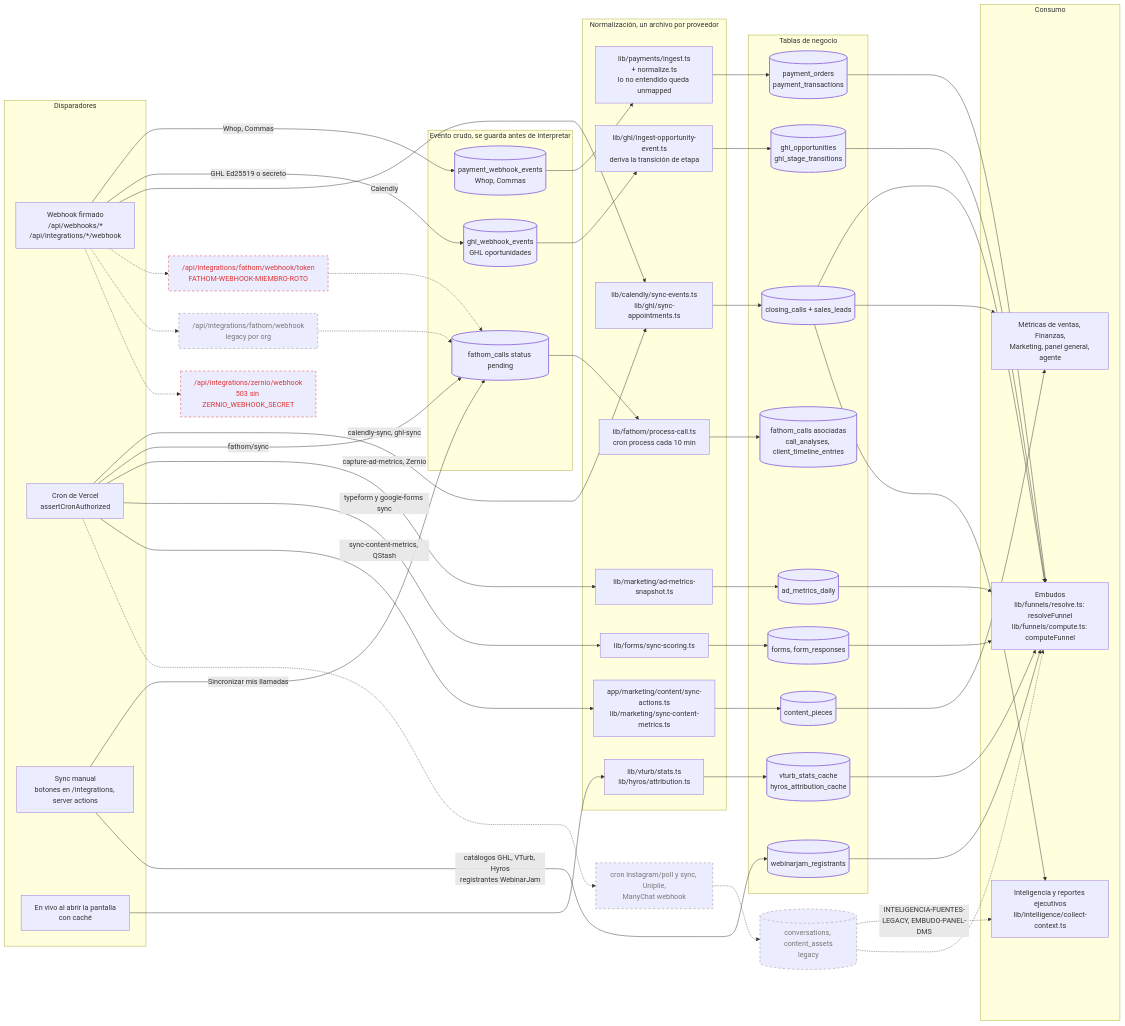
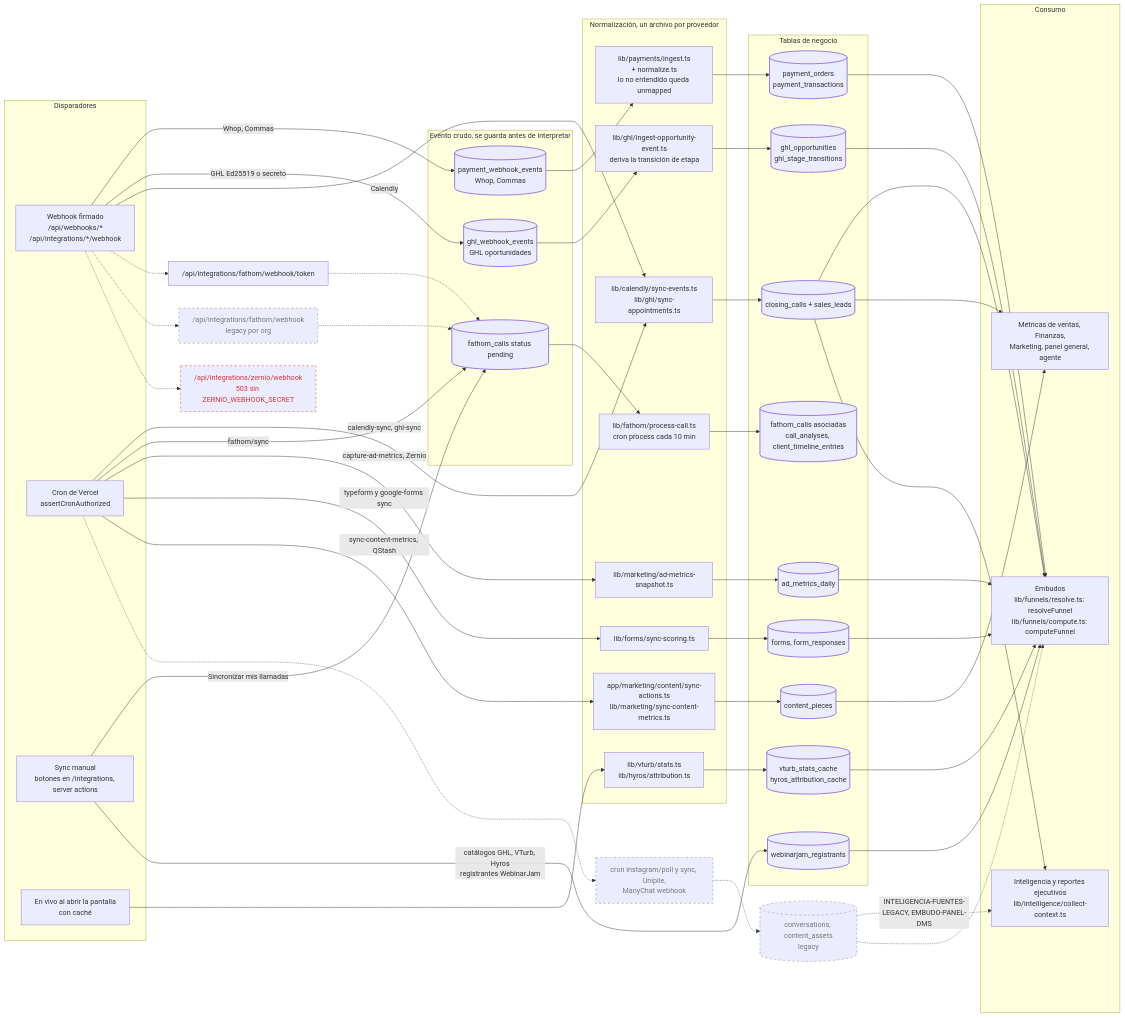
Before and after one commit to santiagozurbrigk/limitless-system: the fifth of 7 diagrams in docs/arquitectura/diagramas.md, drawn with Mermaid. The commit also changed 21 other files, not shown here.

First line of the commit message:
fix(fathom): el webhook por miembro guarda las grabaciones (SCRUM-37) (#104)

```diff
--- a/docs/arquitectura/diagramas.md
+++ b/docs/arquitectura/diagramas.md
@@ -486,7 +486,7 @@
     content --> metrics
     cc --> intel
 
-    fwm["/api/integrations/fathom/webhook/token<br/>FATHOM-WEBHOOK-MIEMBRO-ROTO"]:::roto
+    fwm["/api/integrations/fathom/webhook/token"]
     fwl["/api/integrations/fathom/webhook<br/>legacy por org"]:::legacy
     zwh["/api/integrations/zernio/webhook<br/>503 sin ZERNIO_WEBHOOK_SECRET"]:::roto
     igpoll["cron instagram/poll y sync, Unipile,<br/>ManyChat webhook"]:::legacy
```
